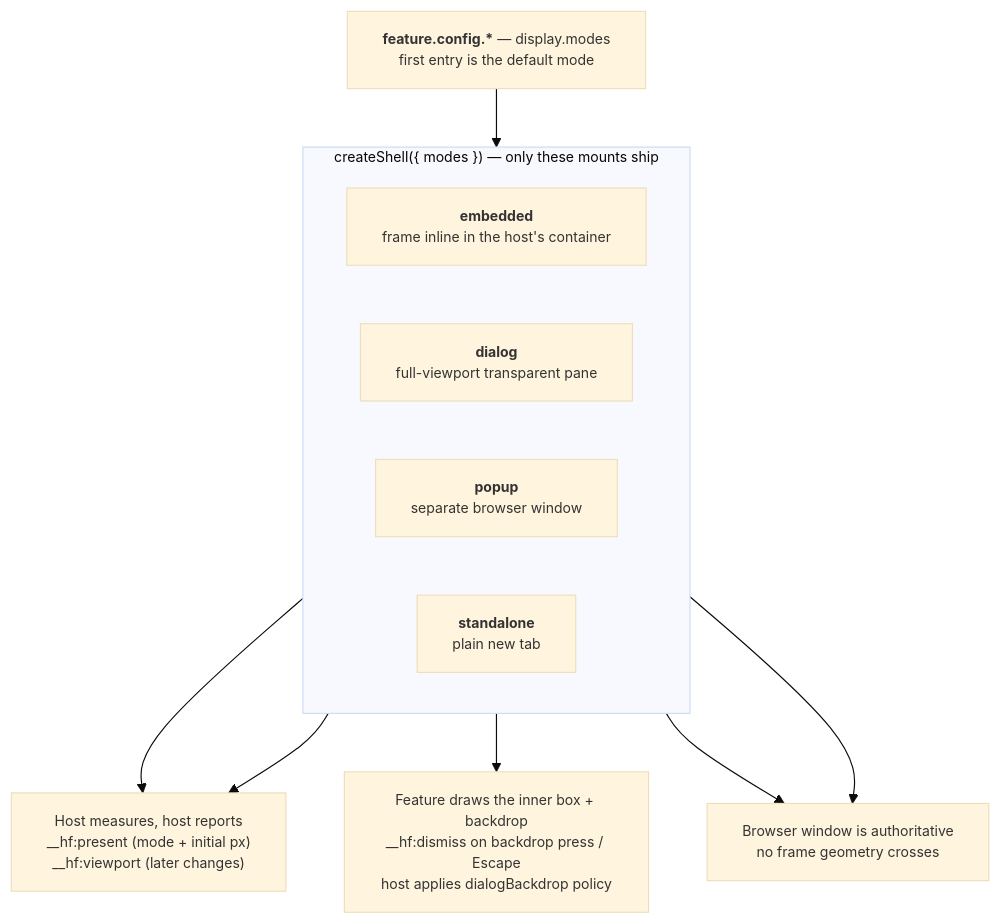
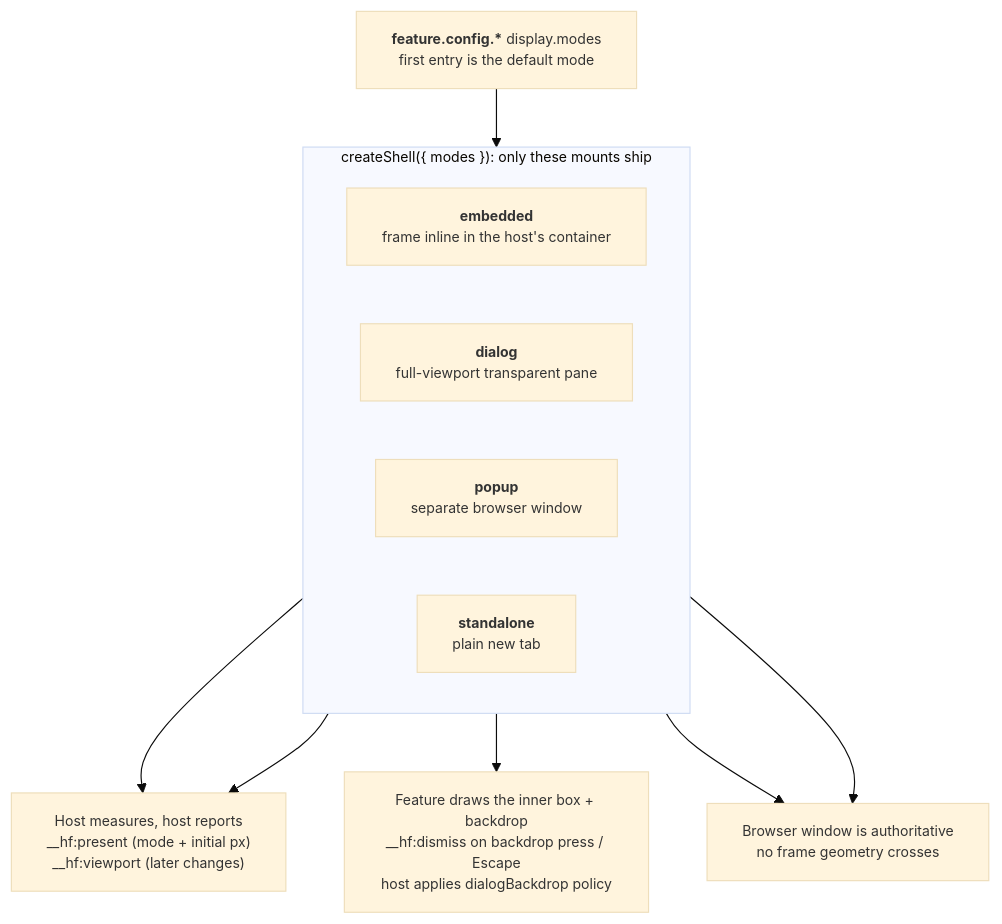
Before and after one commit to AndrewRedican/hyperfrontend: the fourth of 5 diagrams in libs/features/ARCHITECTURE.md, drawn with Mermaid. The commit also changed other lines of this file and 2 other files, not shown here.

````diff
--- a/libs/features/ARCHITECTURE.md
+++ b/libs/features/ARCHITECTURE.md
@@ -197,24 +202,24 @@
 ```mermaid
 ---
 config:
   theme: base
   themeVariables:
     fontSize: 12px
 ---
 flowchart TB
-    Cfg["<b>feature.config.*</b> — display.modes<br/>first entry is the default mode"] --> Modes
+    Cfg["<b>feature.config.*</b> display.modes<br/>first entry is the default mode"] --> Modes
 
-    subgraph Modes["createShell({ modes }) — only these mounts ship"]
+    subgraph Modes["createShell({ modes }): only these mounts ship"]
         direction LR
         E["<b>embedded</b><br/>frame inline in the host's container"]
         D["<b>dialog</b><br/>full-viewport transparent pane"]
         P["<b>popup</b><br/>separate browser window"]
         S["<b>standalone</b><br/>plain new tab"]
     end
 
     E --> Geo["Host measures, host reports<br/>__hf:present (mode + initial px)<br/>__hf:viewport (later changes)"]
     D --> Geo
     D --> Dis["Feature draws the inner box + backdrop<br/>__hf:dismiss on backdrop press / Escape<br/>host applies dialogBackdrop policy"]
     P --> Win["Browser window is authoritative<br/>no frame geometry crosses"]
     S --> Win
 ```
````
